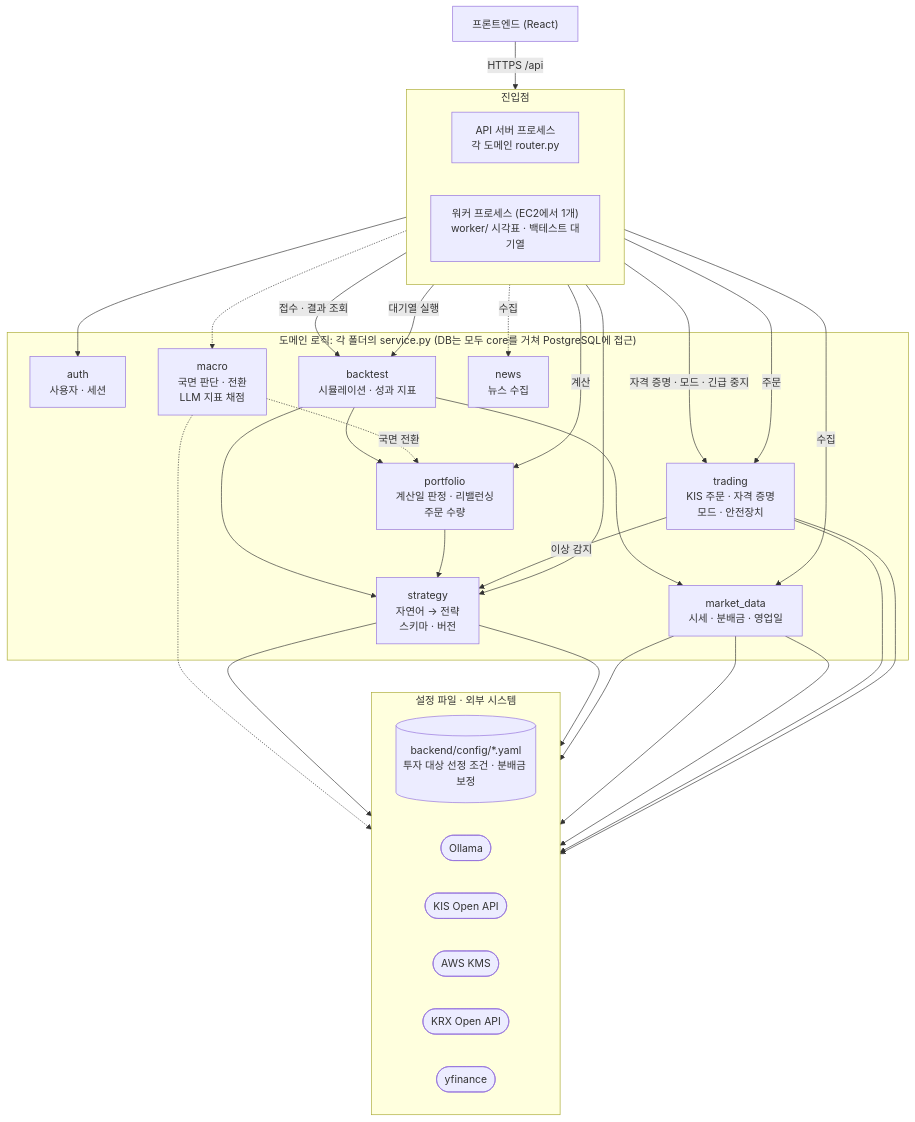
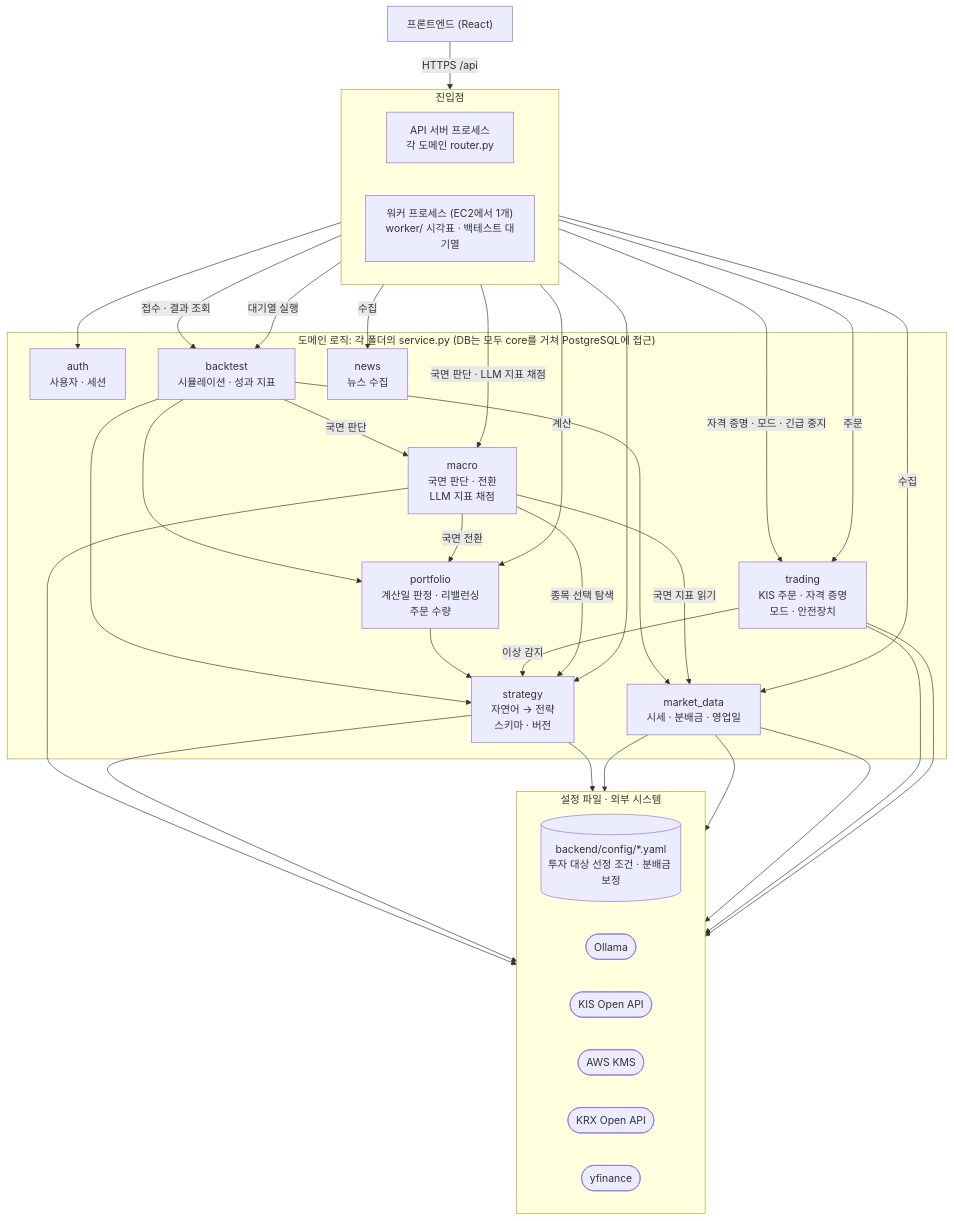
The first of 3 diagrams in docs/architecture.md (tukorea-capston-project/etf-rebalancing), drawn with Mermaid before and after one commit. The commit also changed other lines of this file and 7 other files, not shown here.

````diff
--- a/docs/architecture.md
+++ b/docs/architecture.md
@@ -90,59 +90,62 @@
 ```mermaid
 flowchart TB
     FE["프론트엔드 (React)"] -->|"HTTPS /api"| routers
 
     subgraph ENTRY["진입점"]
         direction LR
         routers["API 서버 프로세스<br/>각 도메인 router.py"]
         worker["워커 프로세스 (EC2에서 1개)<br/>worker/ 시각표 · 백테스트 대기열"]
     end
 
     subgraph DOM["도메인 로직: 각 폴더의 service.py (DB는 모두 core를 거쳐 PostgreSQL에 접근)"]
         auth["auth<br/>사용자 · 세션"]
         backtest["backtest<br/>시뮬레이션 · 성과 지표"]
         trading["trading<br/>KIS 주문 · 자격 증명<br/>모드 · 안전장치"]
         market["market_data<br/>시세 · 분배금 · 영업일"]
         macro["macro<br/>국면 판단 · 전환<br/>LLM 지표 채점"]
         news["news<br/>뉴스 수집"]
         portfolio["portfolio<br/>계산일 판정 · 리밸런싱<br/>주문 수량"]
         strategy["strategy<br/>자연어 → 전략<br/>스키마 · 버전"]
     end
 
     subgraph EXT["설정 파일 · 외부 시스템"]
         direction LR
         cfg[("backend/config/*.yaml<br/>투자 대상 선정 조건 · 분배금 보정")]
         ollama(["Ollama"])
         kis(["KIS Open API"])
         kms(["AWS KMS"])
         krx(["KRX Open API"])
         yf(["yfinance"])
     end
 
     routers --> auth
     routers --> strategy
     routers -->|"접수 · 결과 조회"| backtest
     routers -->|"자격 증명 · 모드 · 긴급 중지"| trading
 
     worker -->|"수집"| market
     worker -->|"계산"| portfolio
     worker -->|"주문"| trading
     worker -->|"대기열 실행"| backtest
-    worker -.-> macro
-    worker -.->|"수집"| news
+    worker -->|"국면 판단 · LLM 지표 채점"| macro
+    worker -->|"수집"| news
 
     backtest --> portfolio
     backtest --> market
     backtest --> strategy
+    backtest -->|"국면 판단"| macro
     portfolio --> strategy
     trading -->|"이상 감지"| strategy
-    macro -.->|"국면 전환"| portfolio
-    macro -.-> ollama
+    macro -->|"국면 전환"| portfolio
+    macro -->|"국면 지표 읽기"| market
+    macro -->|"종목 선택 탐색"| strategy
+    macro --> ollama
 
     strategy --> ollama
     strategy --> cfg
     market --> cfg
     market --> krx
     market --> yf
     trading --> kis
     trading --> kms
 ```
````
